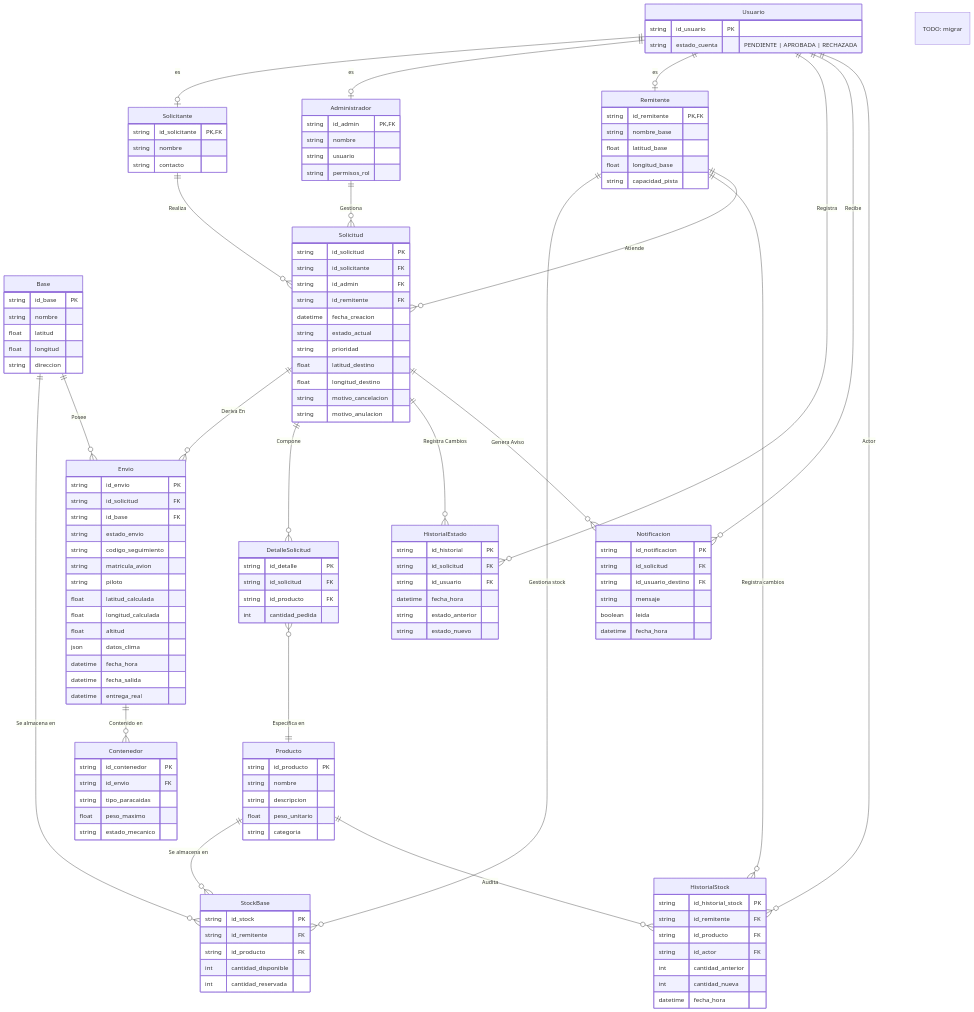
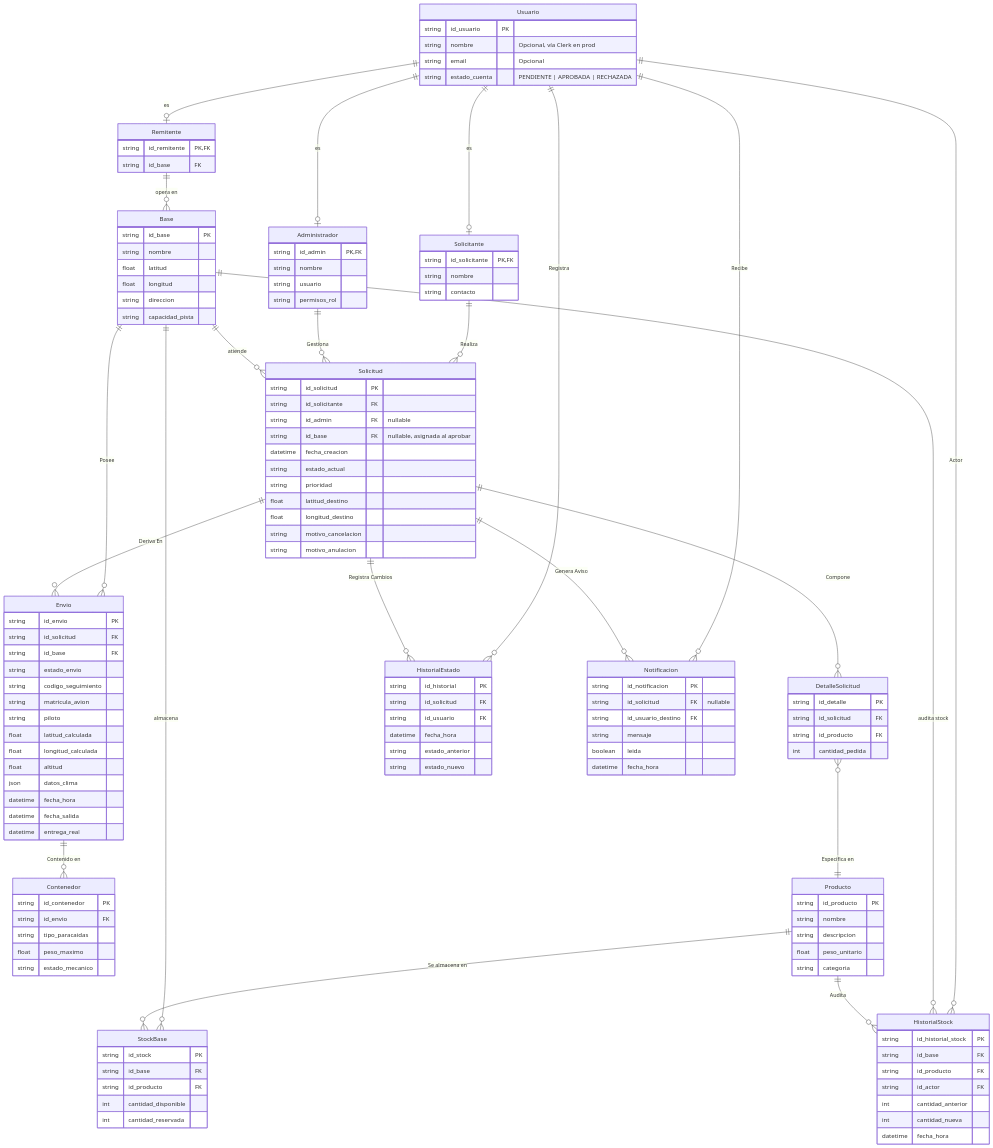
The diagram in Documentos/Diagrama-ER.md (proyecto-lanzador-de-suministros/Proyecto-lanzar), drawn with Mermaid before and after one commit. The commit also changed 1 other file, not shown here.

Commit message:
update docu

```diff
--- a/Documentos/Diagrama-ER.md
+++ b/Documentos/Diagrama-ER.md
@@ -8,6 +8,8 @@
 erDiagram
     Usuario {
         string id_usuario PK
+        string nombre "Opcional, vía Clerk en prod"
+        string email "Opcional"
         string estado_cuenta "PENDIENTE | APROBADA | RECHAZADA"
     }
 
@@ -26,10 +28,7 @@
 
     Remitente {
         string id_remitente PK, FK
-        string nombre_base
-        float latitud_base
-        float longitud_base
-        string capacidad_pista
+        string id_base FK
     }
 
     Base {
@@ -38,13 +37,14 @@
         float latitud
         float longitud
         string direccion
+        string capacidad_pista
     }
 
     Solicitud {
         string id_solicitud PK
         string id_solicitante FK
-        string id_admin FK
-        string id_remitente FK
+        string id_admin FK "nullable"
+        string id_base FK "nullable, asignada al aprobar"
         datetime fecha_creacion
         string estado_actual
         string prioridad
@@ -83,7 +83,7 @@
 
     StockBase {
         string id_stock PK
-        string id_remitente FK
+        string id_base FK
         string id_producto FK
         int cantidad_disponible
         int cantidad_reservada
@@ -114,7 +114,7 @@
 
     HistorialStock {
         string id_historial_stock PK
-        string id_remitente FK
+        string id_base FK
         string id_producto FK
         string id_actor FK
         int cantidad_anterior
@@ -124,7 +124,7 @@
 
     Notificacion {
         string id_notificacion PK
-        string id_solicitud FK
+        string id_solicitud FK "nullable"
         string id_usuario_destino FK
         string mensaje
         boolean leida
@@ -139,16 +139,16 @@
     Usuario ||--o{ HistorialStock : "Actor"
     
     Solicitante ||--o{ Solicitud : "Realiza"
-    Remitente ||--o{ StockBase : "Gestiona stock"
-    Remitente ||--o{ HistorialStock : "Registra cambios"
-    Remitente ||--o{ Solicitud : "Atiende"
+    Remitente ||--o{ Base : "opera en"
     
     Administrador ||--o{ Solicitud : "Gestiona"
 
+    Base ||--o{ StockBase : "almacena"
+    Base ||--o{ Envio : "Posee"
+    Base ||--o{ Solicitud : "atiende"
+    Base ||--o{ HistorialStock : "audita stock"
+    
     Solicitud ||--o{ Envio : "Deriva En"
-    Base ||--o{ StockBase : "Se almacena en" "TODO: migrar"
-    Base ||--o{ Envio : "Posee"
-    
     Solicitud ||--o{ DetalleSolicitud : "Compone"
     Solicitud ||--o{ HistorialEstado : "Registra Cambios"
     Solicitud ||--o{ Notificacion : "Genera Aviso"
```
